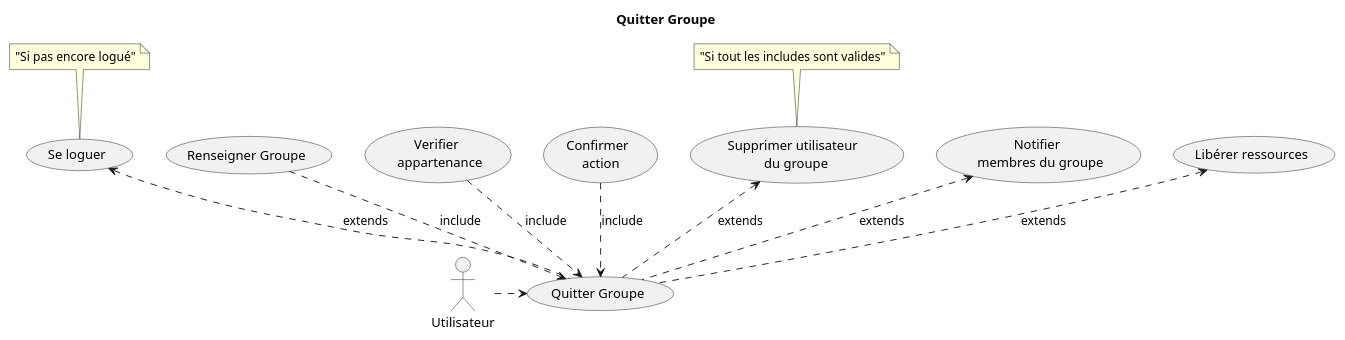
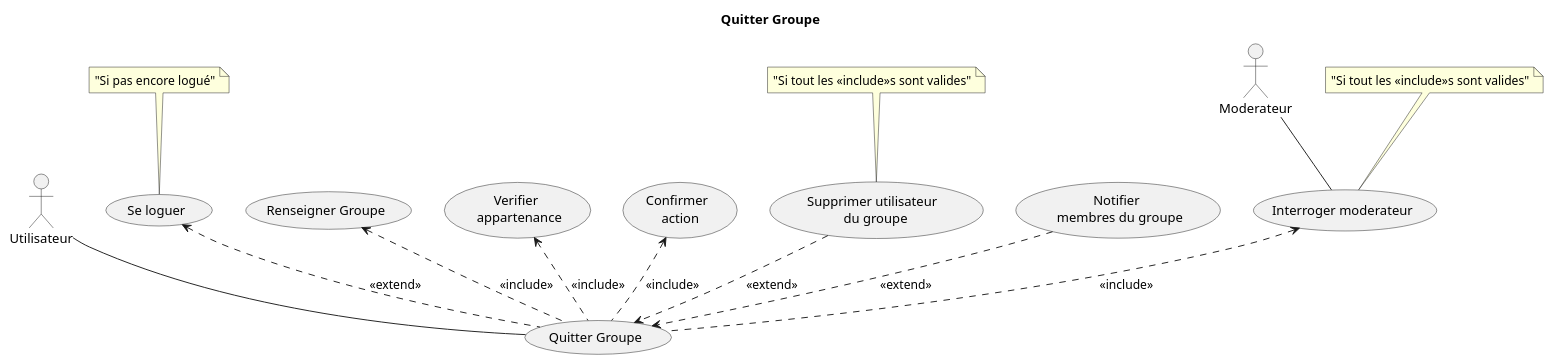
Before and after one commit to clementfvrl/projet_linux: the diagram in docs/use_cases/QuitterGroupe.puml, drawn with PlantUML. The commit also changed 10 other files, not shown here.

```diff
--- a/docs/use_cases/QuitterGroupe.puml
+++ b/docs/use_cases/QuitterGroupe.puml
@@ -1,19 +1,31 @@
 @startuml
 title Quitter Groupe
 
 actor Utilisateur as User
+actor Moderateur as Moderateur
+usecase (Se loguer)
+usecase (Renseigner Groupe)
+usecase (Verifier \n appartenance)
+usecase (Confirmer \n action)
+usecase (Supprimer utilisateur \n du groupe)
+usecase (Notifier \n membres du groupe)
+usecase (Interroger moderateur)
 
-(Se loguer) <.. (Quitter Groupe) : extends 
+(Se loguer) <.. (Quitter Groupe) : <<extend>> 
 
 note top of  (Se loguer) : "Si pas encore logué"
 
-(User) .> (Quitter Groupe)
+(User) -- (Quitter Groupe)
+(Moderateur) -- (Interroger moderateur)
 
-(Renseigner Groupe) ..> (Quitter Groupe) : include
-(Verifier \n appartenance)..>(Quitter Groupe) : include
-(Confirmer \n action) ..> (Quitter Groupe) : include
-(Supprimer utilisateur \n du groupe) <.. (Quitter Groupe) : extends
-note top of  (Supprimer utilisateur \n du groupe) : "Si tout les includes sont valides"
-(Notifier \n membres du groupe) <.. (Quitter Groupe) : extends
-(Libérer ressources) <.. (Quitter Groupe) : extends
+(Renseigner Groupe) <.. (Quitter Groupe) : <<include>>
+(Verifier \n appartenance)<..(Quitter Groupe) : <<include>>
+(Confirmer \n action) <.. (Quitter Groupe) : <<include>>
+(Supprimer utilisateur \n du groupe) ..> (Quitter Groupe) : <<extend>>
+note top of  (Supprimer utilisateur \n du groupe) : "Si tout les <<include>>s sont valides"
+(Notifier \n membres du groupe) ..> (Quitter Groupe) : <<extend>>
+
+note top of  (Interroger moderateur) : "Si tout les <<include>>s sont valides"
+(Interroger moderateur) <.. (Quitter Groupe) : <<include>>
+
 @enduml
```
